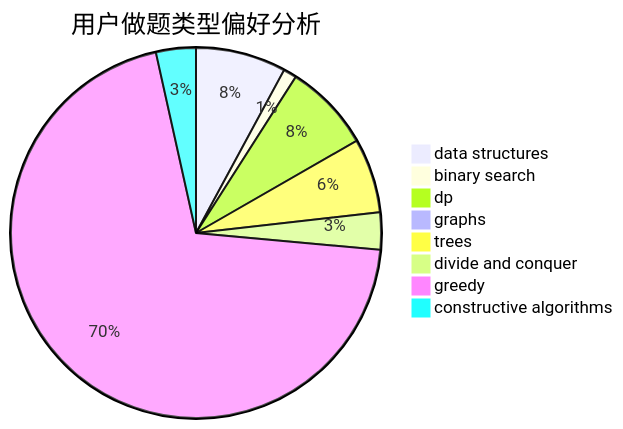
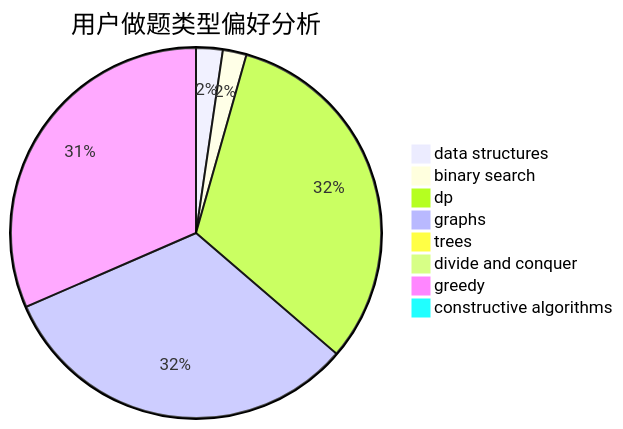
Before and after one commit to sherpahu/cfrs.github.io: the second of 3 diagrams in docs/user/u2324.md, drawn with Mermaid. The commit also changed other lines of this file and 2770 other files, not shown here.

````diff
--- a/docs/user/u2324.md
+++ b/docs/user/u2324.md
@@ -23,11 +23,11 @@
 ```mermaid
 pie title 用户做题类型偏好分析
-    "data structures" :  34
-    "binary search" :  5
-    "dp" :  33
-    "graphs" :  3
-    "trees" :  28
-    "divide and conquer" :  14
-    "greedy" :  302
-    "constructive algorithms" :  15
+    "data structures" :  18
+    "binary search" :  16
+    "dp" :  247
+    "graphs" :  249
+    "trees" :  0
+    "divide and conquer" :  0
+    "greedy" :  244
+    "constructive algorithms" :  1
 ```
````
